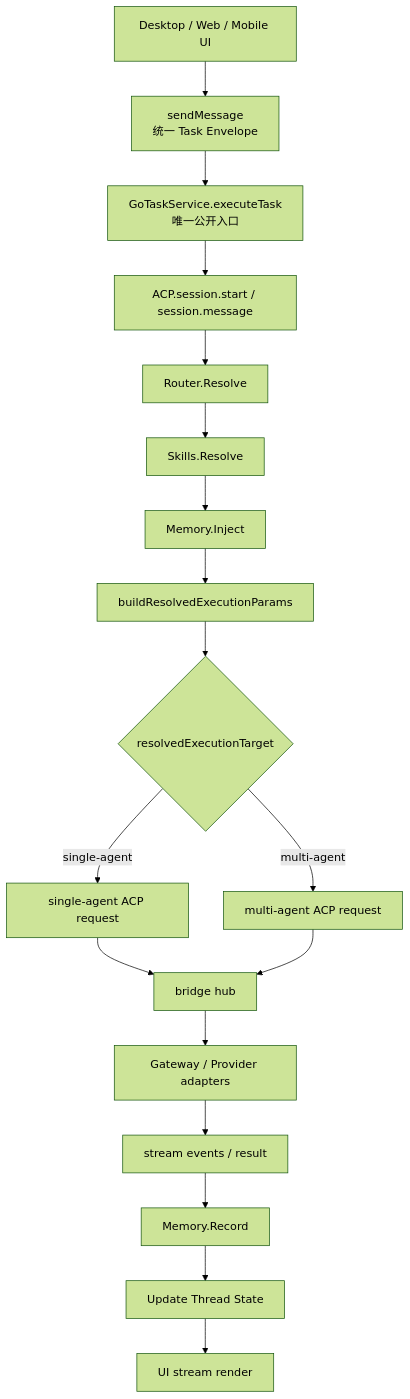
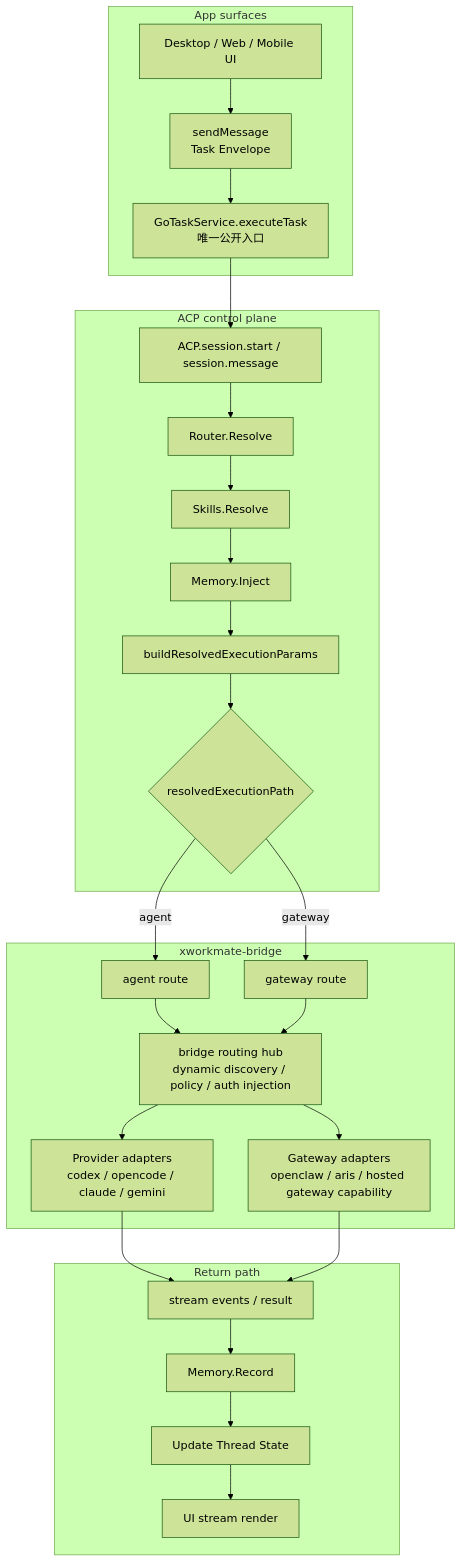
Before and after one commit to x-evor/xworkmate-app: the first of 2 diagrams in docs/architecture/task-control-plane-unification.md, drawn with Mermaid (forest theme). The commit also changed other lines of this file and 50 other files, not shown here.

Commit message:
Refactor app execution semantics to agent and gateway

````diff
--- a/docs/architecture/task-control-plane-unification.md
+++ b/docs/architecture/task-control-plane-unification.md
@@ -26,20 +29,45 @@
 ```mermaid
 flowchart TD
-    A["Desktop / Web / Mobile UI"] --> B["sendMessage<br/>统一 Task Envelope"]
-    B --> C["GoTaskService.executeTask<br/>唯一公开入口"]
-    C --> D["ACP.session.start / session.message"]
-    D --> E["Router.Resolve"]
-    E --> F["Skills.Resolve"]
-    F --> G["Memory.Inject"]
-    G --> H["buildResolvedExecutionParams"]
-    H --> I{"resolvedExecutionTarget"}
-    I -->|"single-agent"| J["single-agent ACP request"]
-    I -->|"multi-agent"| K["multi-agent ACP request"]
-    J --> M["bridge hub"]
-    K --> M
-    M --> N["Gateway / Provider adapters"]
-    N --> O["stream events / result"]
-    O --> P["Memory.Record"]
-    P --> Q["Update Thread State"]
-    Q --> R["UI stream render"]
+    subgraph APP["App surfaces"]
+        A["Desktop / Web / Mobile UI"]
+        B["sendMessage<br/>Task Envelope"]
+        C["GoTaskService.executeTask<br/>唯一公开入口"]
+        A --> B --> C
+    end
+
+    subgraph ACP["ACP control plane"]
+        D["ACP.session.start / session.message"]
+        E["Router.Resolve"]
+        F["Skills.Resolve"]
+        G["Memory.Inject"]
+        H["buildResolvedExecutionParams"]
+        I{"resolvedExecutionPath"}
+        D --> E --> F --> G --> H --> I
+    end
+
+    subgraph BRIDGE["xworkmate-bridge"]
+        J["agent route"]
+        K["gateway route"]
+        L["bridge routing hub<br/>dynamic discovery / policy / auth injection"]
+        M["Provider adapters<br/>codex / opencode / claude / gemini"]
+        N["Gateway adapters<br/>openclaw / aris / hosted gateway capability"]
+        J --> L
+        K --> L
+        L --> M
+        L --> N
+    end
+
+    subgraph RETURN["Return path"]
+        O["stream events / result"]
+        P["Memory.Record"]
+        Q["Update Thread State"]
+        R["UI stream render"]
+        O --> P --> Q --> R
+    end
+
+    C --> D
+    I -->|"agent"| J
+    I -->|"gateway"| K
+    M --> O
+    N --> O
 ```
````
